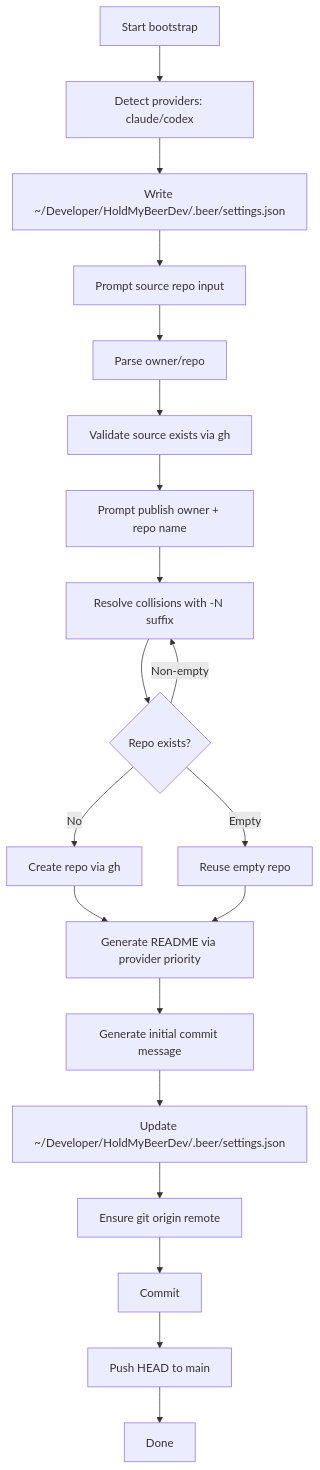
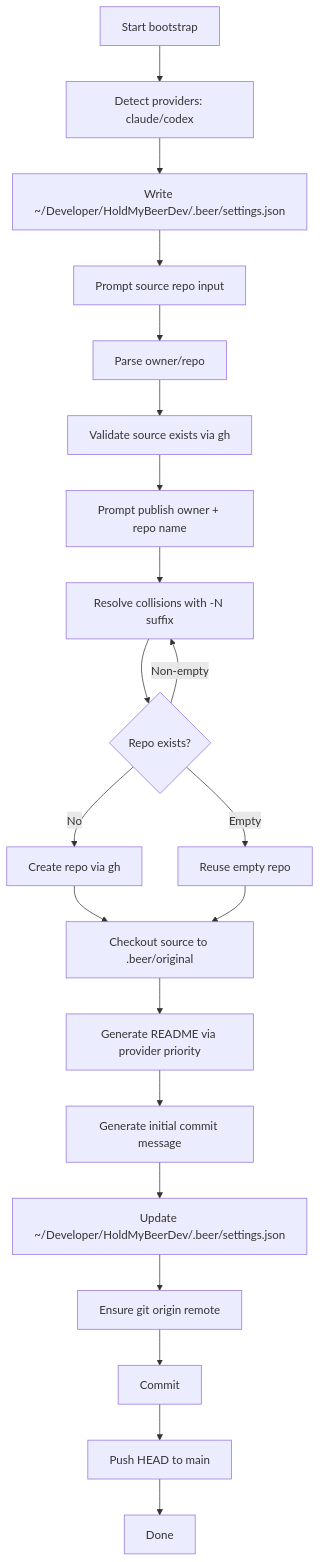
One commit to ex3ndr/holdmybeer changed the first of 2 diagrams in doc/bootstrap-flow.md. Above: the diagram before and after it, drawn with Mermaid. The commit also changed other lines of this file and 14 other files, not shown here.

Commit message:
feat(inference): enforce readonly mode and use original checkout context

````diff
--- a/doc/bootstrap-flow.md
+++ b/doc/bootstrap-flow.md
@@ -7,22 +7,23 @@
 ```mermaid
 flowchart TD
   A[Start bootstrap] --> B[Detect providers: claude/codex]
   B --> C[Write ~/Developer/HoldMyBeerDev/.beer/settings.json]
   C --> D[Prompt source repo input]
   D --> E[Parse owner/repo]
   E --> F[Validate source exists via gh]
   F --> G[Prompt publish owner + repo name]
   G --> H[Resolve collisions with -N suffix]
   H --> I{Repo exists?}
   I -->|No| J[Create repo via gh]
   I -->|Empty| K[Reuse empty repo]
   I -->|Non-empty| H
-  J --> L[Generate README via provider priority]
+  J --> L[Checkout source to .beer/original]
   K --> L
-  L --> M[Generate initial commit message]
-  M --> N[Update ~/Developer/HoldMyBeerDev/.beer/settings.json]
-  N --> O[Ensure git origin remote]
-  O --> P[Commit]
-  P --> Q[Push HEAD to main]
-  Q --> R[Done]
+  L --> M[Generate README via provider priority]
+  M --> N[Generate initial commit message]
+  N --> O[Update ~/Developer/HoldMyBeerDev/.beer/settings.json]
+  O --> P[Ensure git origin remote]
+  P --> Q[Commit]
+  Q --> R[Push HEAD to main]
+  R --> S[Done]
 ```
````
